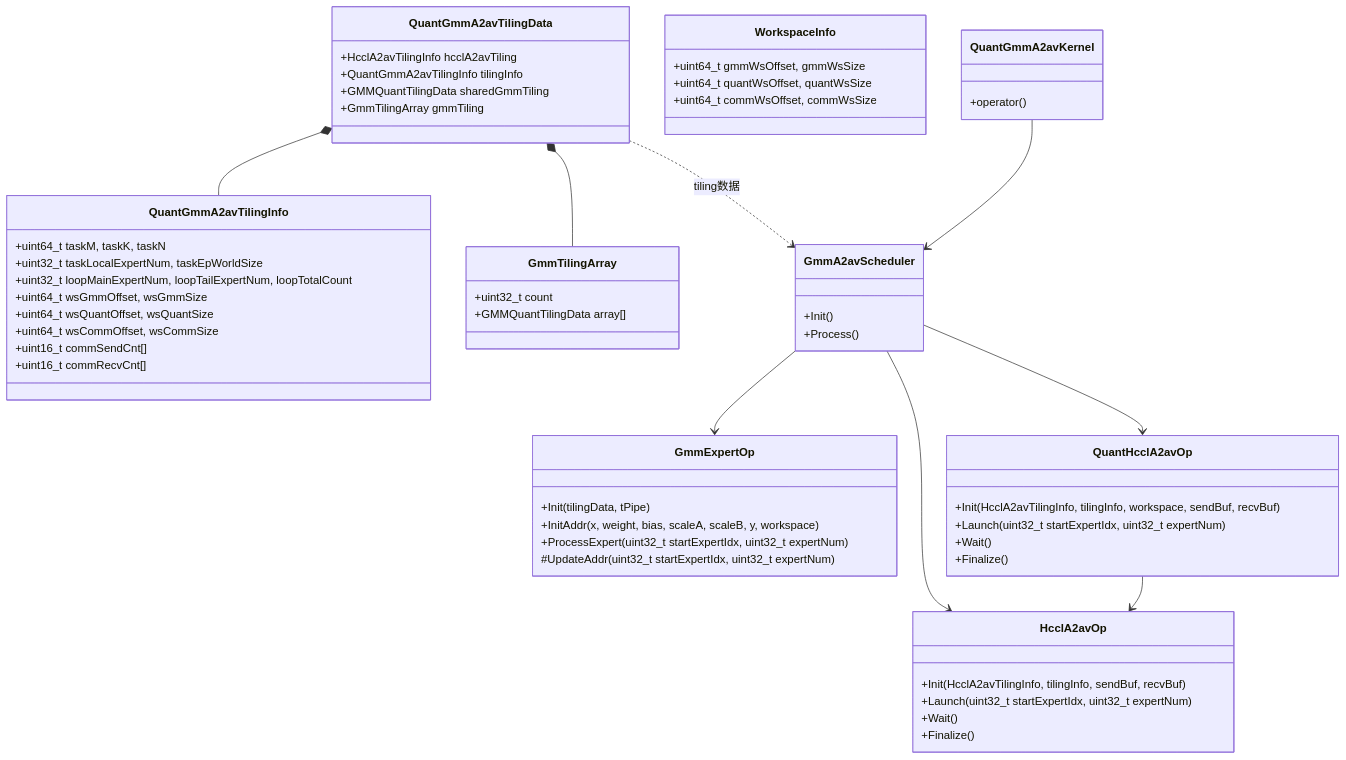
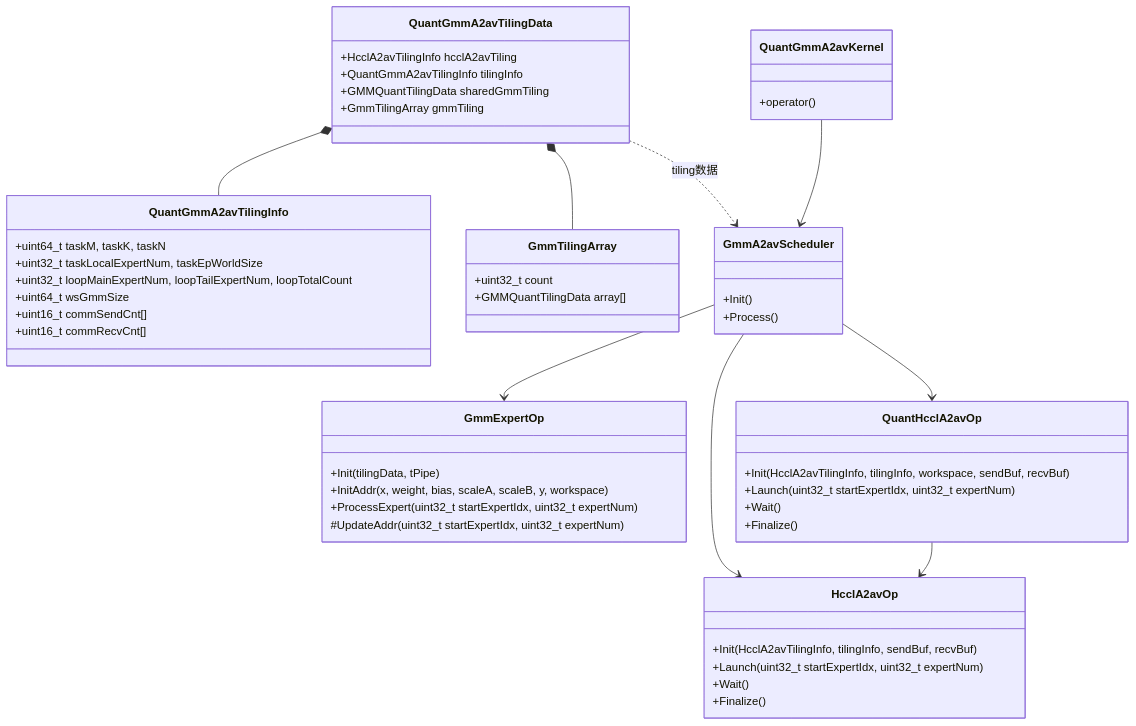
One commit to yuanfang-chen/ops-transformer changed the diagram in mc2/grouped_mat_mul_allto_allv/grouped_mat_mul_allto_allv_quant_design.md. Above: the diagram before and after it, drawn with Mermaid. The commit also changed other lines of this file, not shown here.

````diff
--- a/mc2/grouped_mat_mul_allto_allv/grouped_mat_mul_allto_allv_quant_design.md
+++ b/mc2/grouped_mat_mul_allto_allv/grouped_mat_mul_allto_allv_quant_design.md
@@ -78,77 +78,69 @@
 ```mermaid
 classDiagram
     direction TB
     
     %% TilingData 结构
     class QuantGmmA2avTilingData {
         +HcclA2avTilingInfo hcclA2avTiling
         +QuantGmmA2avTilingInfo tilingInfo
         +GMMQuantTilingData sharedGmmTiling
         +GmmTilingArray gmmTiling
     }
     
     class QuantGmmA2avTilingInfo {
         +uint64_t taskM, taskK, taskN
         +uint32_t taskLocalExpertNum, taskEpWorldSize
         +uint32_t loopMainExpertNum, loopTailExpertNum, loopTotalCount
-        +uint64_t wsGmmOffset, wsGmmSize
-        +uint64_t wsQuantOffset, wsQuantSize
-        +uint64_t wsCommOffset, wsCommSize
+        +uint64_t wsGmmSize
         +uint16_t commSendCnt[]
         +uint16_t commRecvCnt[]
-    }
-    
-    class WorkspaceInfo {
-        +uint64_t gmmWsOffset, gmmWsSize
-        +uint64_t quantWsOffset, quantWsSize
-        +uint64_t commWsOffset, commWsSize
     }
     
     class GmmTilingArray {
         +uint32_t count
         +GMMQuantTilingData array[]
     }
     
     %% 核心操作类
     class QuantGmmA2avKernel {
         +operator()
     }
     
     class GmmA2avScheduler {
         +Init()
         +Process()
     }
     
     class GmmExpertOp {
         +Init(tilingData, tPipe)
         +InitAddr(x, weight, bias, scaleA, scaleB, y, workspace)
         +ProcessExpert(uint32_t startExpertIdx, uint32_t expertNum)
         #UpdateAddr(uint32_t startExpertIdx, uint32_t expertNum)
     }
     
     class HcclA2avOp {
         +Init(HcclA2avTilingInfo, tilingInfo, sendBuf, recvBuf)
         +Launch(uint32_t startExpertIdx, uint32_t expertNum)
         +Wait()
         +Finalize()
     }
     
     class QuantHcclA2avOp {
         +Init(HcclA2avTilingInfo, tilingInfo, workspace, sendBuf, recvBuf)
         +Launch(uint32_t startExpertIdx, uint32_t expertNum)
         +Wait()
         +Finalize()
     }
     
     %% TilingData 组合关系
     QuantGmmA2avTilingData *-- QuantGmmA2avTilingInfo
     QuantGmmA2avTilingData *-- GmmTilingArray
     
     %% 操作类关系
     QuantGmmA2avKernel --> GmmA2avScheduler
     GmmA2avScheduler --> GmmExpertOp
     GmmA2avScheduler --> HcclA2avOp
     GmmA2avScheduler --> QuantHcclA2avOp
     QuantHcclA2avOp --> HcclA2avOp
     QuantGmmA2avTilingData ..> GmmA2avScheduler : tiling数据
 ```
````
